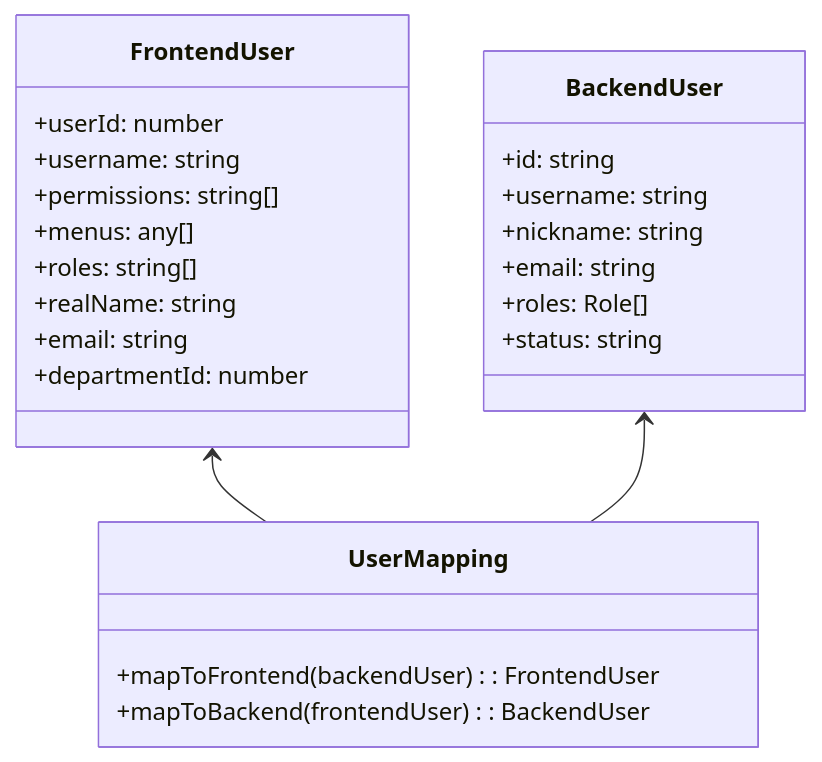
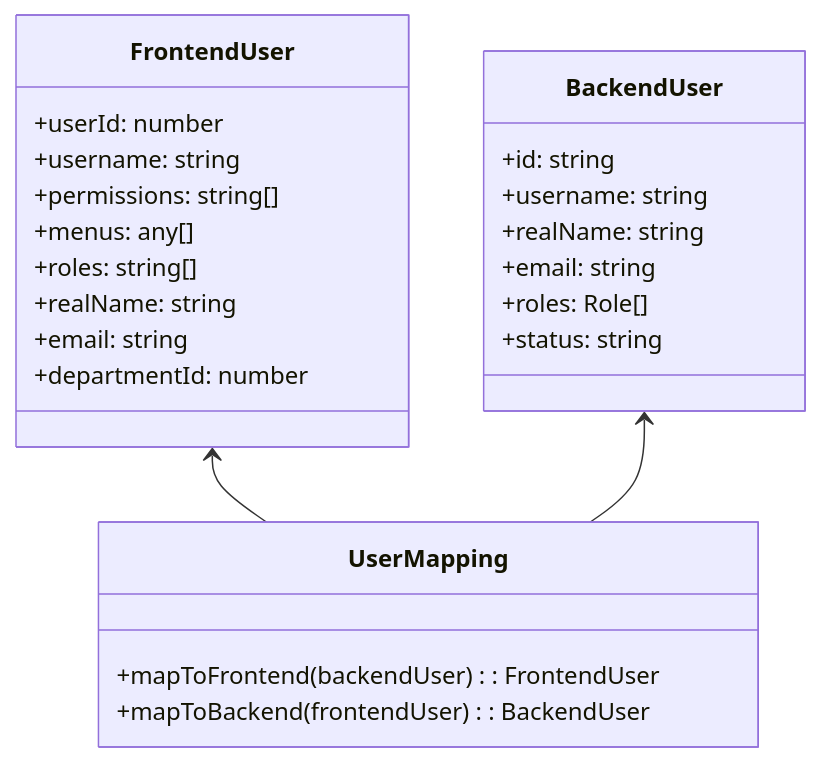
One commit to Lyuing/vueAdmin changed the fourth of 6 diagrams in .kiro/specs/rbac-api-refactor/design.md. Above: the diagram before and after it, drawn with Mermaid. The commit also changed 11 other files, not shown here.

````diff
--- a/.kiro/specs/rbac-api-refactor/design.md
+++ b/.kiro/specs/rbac-api-refactor/design.md
@@ -220,30 +220,30 @@
 ```mermaid
 classDiagram
     class FrontendUser {
         +userId: number
         +username: string
         +permissions: string[]
         +menus: any[]
         +roles: string[]
         +realName: string
         +email: string
         +departmentId: number
     }
     
     class BackendUser {
         +id: string
         +username: string
-        +nickname: string
+        +realName: string
         +email: string
         +roles: Role[]
         +status: string
     }
     
     class UserMapping {
         +mapToFrontend(backendUser): FrontendUser
         +mapToBackend(frontendUser): BackendUser
     }
     
     FrontendUser <-- UserMapping
     BackendUser <-- UserMapping
 ```
````
